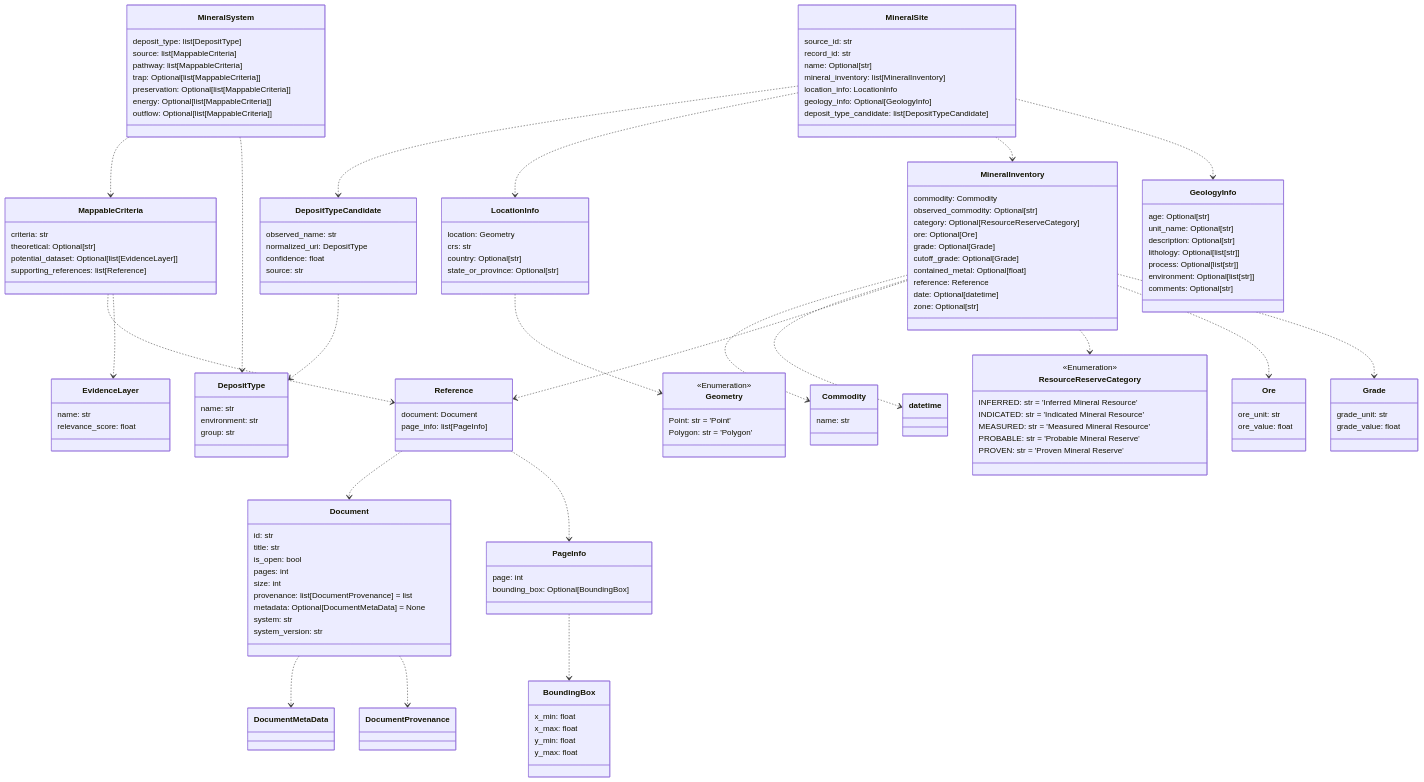
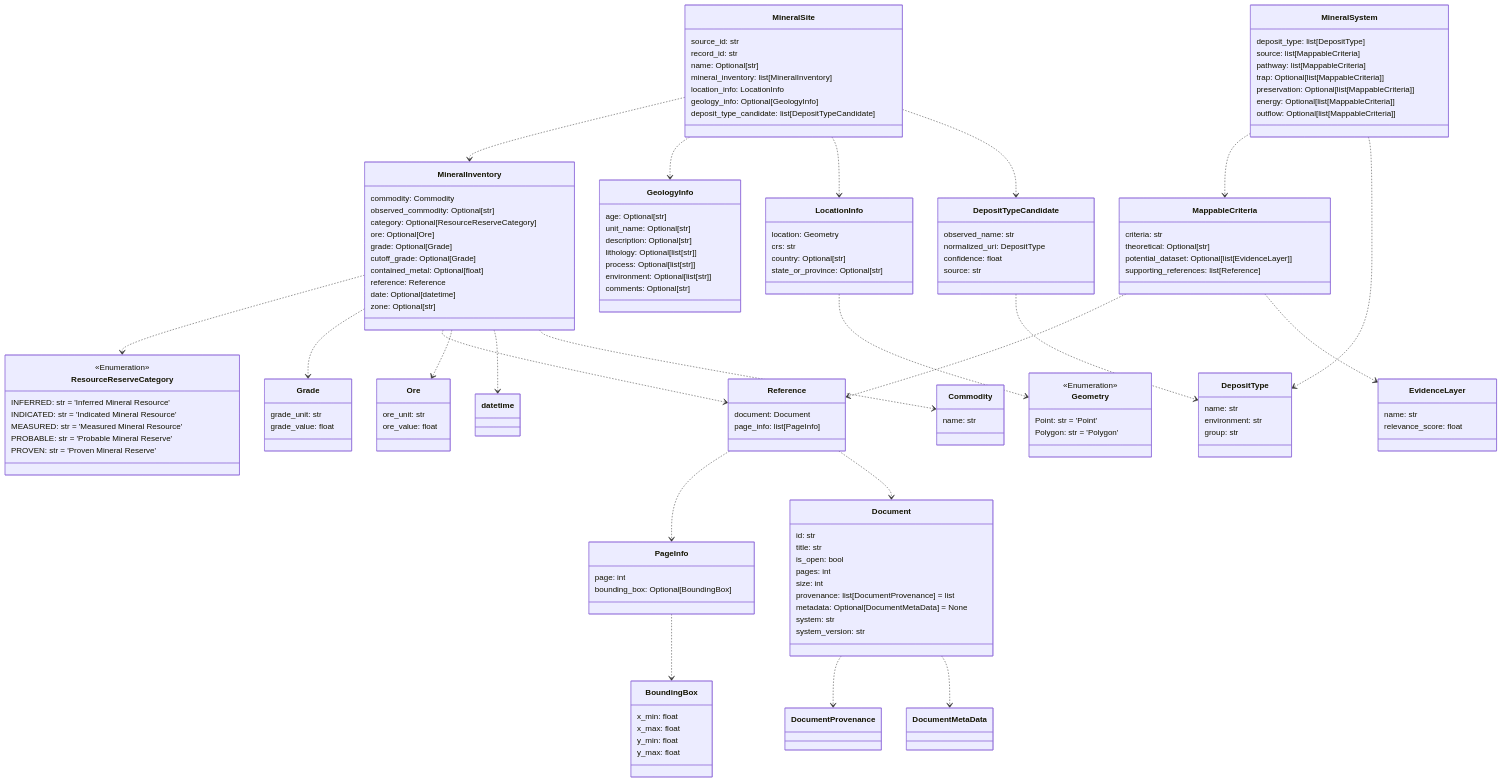
The tenth of 12 diagrams in README.md (DARPA-CRITICALMAAS/cdr_schemas), drawn with Mermaid before and after one commit. The commit also changed other lines of this file, not shown here.

````diff
--- a/README.md
+++ b/README.md
@@ -709,79 +708,14 @@
         zone: Optional[str]
     }
 
-    class Grade {
-        grade_unit: str
-        grade_value: float
-    }
-
-    class PageInfo {
-        page: int
-        bounding_box: Optional[BoundingBox]
-    }
-
     class Reference {
         document: Document
         page_info: list[PageInfo]
     }
 
-    class LocationInfo {
-        location: Geometry
-        crs: str
-        country: Optional[str]
-        state_or_province: Optional[str]
-    }
-
-    class MineralSite {
-        source_id: str
-        record_id: str
-        name: Optional[str]
-        mineral_inventory: list[MineralInventory]
-        location_info: LocationInfo
-        geology_info: Optional[GeologyInfo]
-        deposit_type_candidate: list[DepositTypeCandidate]
-    }
-
-    class EvidenceLayer {
-        name: str
-        relevance_score: float
-    }
-
     class Ore {
         ore_unit: str
         ore_value: float
-    }
-
-    class DepositType {
-        name: str
-        environment: str
-        group: str
-    }
-
-    class Geometry {
-        <<Enumeration>>
-        Point: str = 'Point'
-        Polygon: str = 'Polygon'
-    }
-
-    class MappableCriteria {
-        criteria: str
-        theoretical: Optional[str]
-        potential_dataset: Optional[list[EvidenceLayer]]
-        supporting_references: list[Reference]
-    }
-
-    class MineralSystem {
-        deposit_type: list[DepositType]
-        source: list[MappableCriteria]
-        pathway: list[MappableCriteria]
-        trap: Optional[list[MappableCriteria]]
-        preservation: Optional[list[MappableCriteria]]
-        energy: Optional[list[MappableCriteria]]
-        outflow: Optional[list[MappableCriteria]]
-    }
-
-    class Commodity {
-        name: str
     }
 
     class DepositTypeCandidate {
@@ -803,6 +737,36 @@
         system_version: str
     }
 
+    class MineralSite {
+        source_id: str
+        record_id: str
+        name: Optional[str]
+        mineral_inventory: list[MineralInventory]
+        location_info: LocationInfo
+        geology_info: Optional[GeologyInfo]
+        deposit_type_candidate: list[DepositTypeCandidate]
+    }
+
+    class Geometry {
+        <<Enumeration>>
+        Point: str = 'Point'
+        Polygon: str = 'Polygon'
+    }
+
+    class BoundingBox {
+        x_min: float
+        x_max: float
+        y_min: float
+        y_max: float
+    }
+
+    class MappableCriteria {
+        criteria: str
+        theoretical: Optional[str]
+        potential_dataset: Optional[list[EvidenceLayer]]
+        supporting_references: list[Reference]
+    }
+
     class ResourceReserveCategory {
         <<Enumeration>>
         INFERRED: str = 'Inferred Mineral Resource'
@@ -822,34 +786,69 @@
         comments: Optional[str]
     }
 
-    class BoundingBox {
-        x_min: float
-        x_max: float
-        y_min: float
-        y_max: float
+    class DepositType {
+        name: str
+        environment: str
+        group: str
     }
 
+    class LocationInfo {
+        location: Geometry
+        crs: str
+        country: Optional[str]
+        state_or_province: Optional[str]
+    }
+
+    class MineralSystem {
+        deposit_type: list[DepositType]
+        source: list[MappableCriteria]
+        pathway: list[MappableCriteria]
+        trap: Optional[list[MappableCriteria]]
+        preservation: Optional[list[MappableCriteria]]
+        energy: Optional[list[MappableCriteria]]
+        outflow: Optional[list[MappableCriteria]]
+    }
+
+    class Commodity {
+        name: str
+    }
+
+    class PageInfo {
+        page: int
+        bounding_box: Optional[BoundingBox]
+    }
+
+    class Grade {
+        grade_unit: str
+        grade_value: float
+    }
+
+    class EvidenceLayer {
+        name: str
+        relevance_score: float
+    }
+
+    Document ..> DocumentProvenance
     Document ..> DocumentMetaData
-    Document ..> DocumentProvenance
     DepositTypeCandidate ..> DepositType
     PageInfo ..> BoundingBox
+    Reference ..> PageInfo
     Reference ..> Document
-    Reference ..> PageInfo
     MappableCriteria ..> Reference
     MappableCriteria ..> EvidenceLayer
     MineralSystem ..> MappableCriteria
     MineralSystem ..> DepositType
+    MineralInventory ..> ResourceReserveCategory
+    MineralInventory ..> Grade
+    MineralInventory ..> Reference
+    MineralInventory ..> Ore
+    MineralInventory ..> datetime
     MineralInventory ..> Commodity
-    MineralInventory ..> datetime
-    MineralInventory ..> Reference
-    MineralInventory ..> ResourceReserveCategory
-    MineralInventory ..> Ore
-    MineralInventory ..> Grade
     LocationInfo ..> Geometry
-    MineralSite ..> DepositTypeCandidate
-    MineralSite ..> LocationInfo
     MineralSite ..> MineralInventory
     MineralSite ..> GeologyInfo
+    MineralSite ..> LocationInfo
+    MineralSite ..> DepositTypeCandidate
 
 
 ```
````
